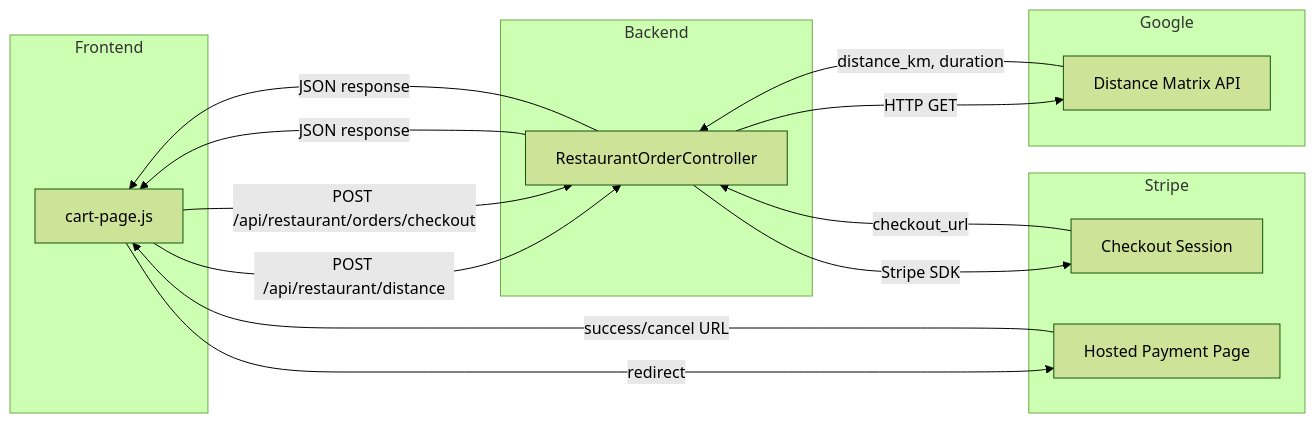
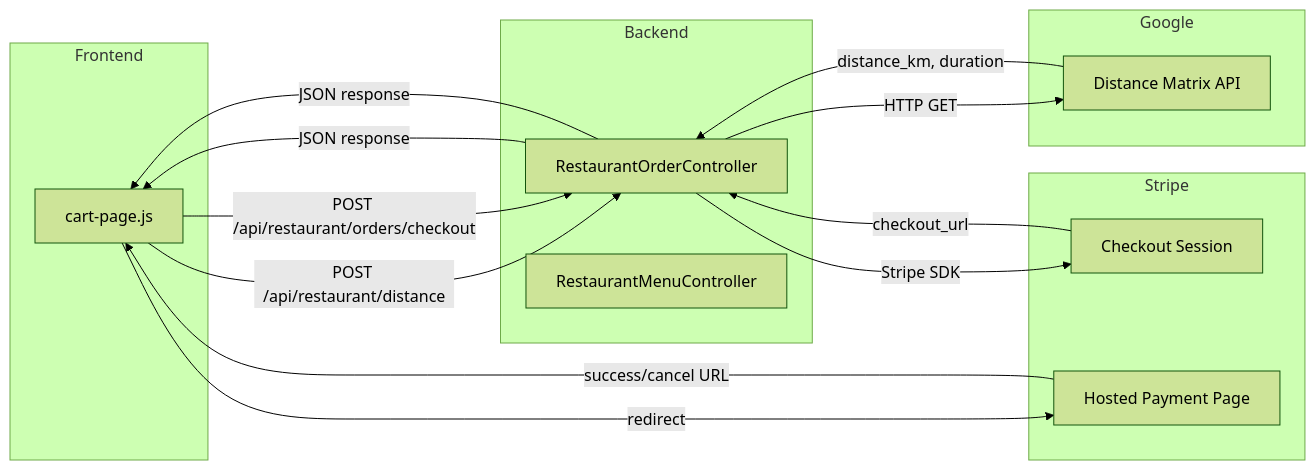
Before and after one commit to HKPooPoo/My_CLI_Re: the fourth of 4 diagrams in frontend/pages/restaurant/ERD.md, drawn with Mermaid (forest theme). The commit also changed other lines of this file, not shown here.

First line of the commit message:
Update ERD: menu_items as active dynamic menu system

````diff
--- a/frontend/pages/restaurant/ERD.md
+++ b/frontend/pages/restaurant/ERD.md
@@ -178,28 +209,29 @@
 ```mermaid
 flowchart LR
     subgraph Frontend
         A[cart-page.js]
     end
     subgraph Backend
         B[RestaurantOrderController]
+        B2[RestaurantMenuController]
     end
     subgraph Google
         C[Distance Matrix API]
     end
     subgraph Stripe
         D[Checkout Session]
         E[Hosted Payment Page]
     end
 
     A -->|POST /api/restaurant/distance| B
     B -->|HTTP GET| C
     C -->|distance_km, duration| B
     B -->|JSON response| A
 
     A -->|POST /api/restaurant/orders/checkout| B
     B -->|Stripe SDK| D
     D -->|checkout_url| B
     B -->|JSON response| A
     A -->|redirect| E
     E -->|success/cancel URL| A
 ```
````
